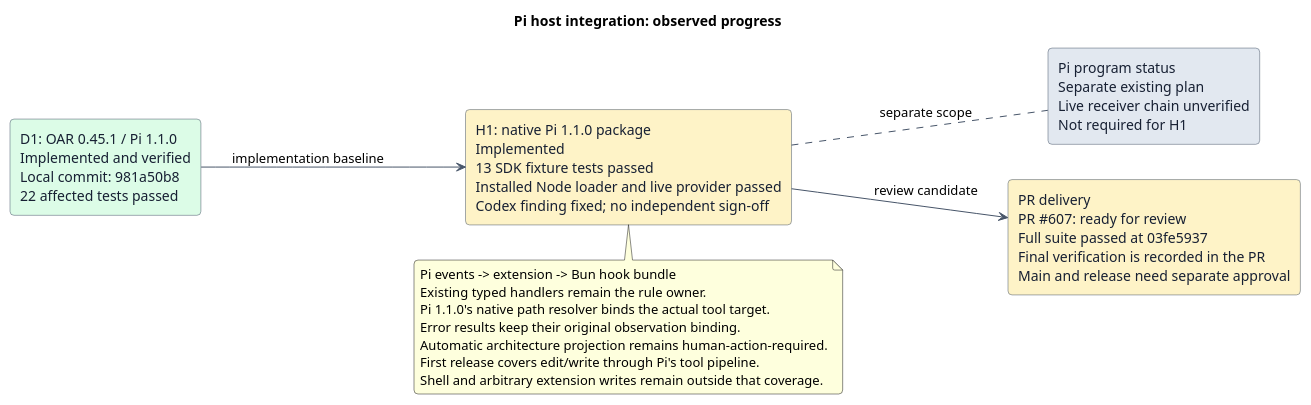
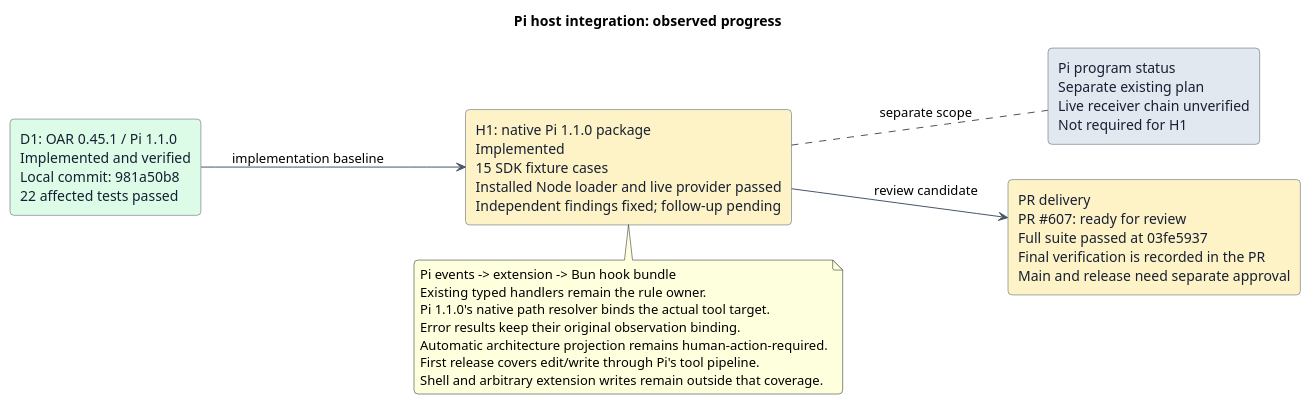
The diagram in plans/plan-20261009-pi-host-integration.puml (Ancienttwo/repo-harness), drawn with PlantUML before and after one commit. The commit also changed 9 other files, not shown here.

```diff
--- a/plans/plan-20261009-pi-host-integration.puml
+++ b/plans/plan-20261009-pi-host-integration.puml
@@ -1,34 +1,34 @@
 @startuml
 ' Snapshot: 2026-10-09 Asia/Singapore
 ' Source base: 98c30ab6228b94f5e46c8cc3290de281eb0e4a99
 ' Dependency commit: 981a50b871f9b5238a7bca72d031e0927d397769
 skinparam shadowing false
 skinparam roundCorner 8
 skinparam defaultFontName SansSerif
 skinparam ArrowColor #475569
 skinparam rectangleBorderColor #475569
 skinparam rectangleFontColor #172033
 skinparam backgroundColor #FFFFFF
 left to right direction
 
 title Pi host integration: observed progress
 
 rectangle "D1: OAR 0.45.1 / Pi 1.1.0\nImplemented and verified\nLocal commit: 981a50b8\n22 affected tests passed" as deps #DCFCE7
-rectangle "H1: native Pi 1.1.0 package\nImplemented\n13 SDK fixture tests passed\nInstalled Node loader and live provider passed\nCodex finding fixed; no independent sign-off" as host #FEF3C7
+rectangle "H1: native Pi 1.1.0 package\nImplemented\n15 SDK fixture cases\nInstalled Node loader and live provider passed\nIndependent findings fixed; follow-up pending" as host #FEF3C7
 rectangle "Pi program status\nSeparate existing plan\nLive receiver chain unverified\nNot required for H1" as status #E2E8F0
 rectangle "PR delivery\nPR #607: ready for review\nFull suite passed at 03fe5937\nFinal verification is recorded in the PR\nMain and release need separate approval" as delivery #FEF3C7
 
 deps --> host : implementation baseline
 host --> delivery : review candidate
 host .. status : separate scope
 
 note bottom of host
   Pi events -> extension -> Bun hook bundle
   Existing typed handlers remain the rule owner.
   Pi 1.1.0's native path resolver binds the actual tool target.
   Error results keep their original observation binding.
   Automatic architecture projection remains human-action-required.
   First release covers edit/write through Pi's tool pipeline.
   Shell and arbitrary extension writes remain outside that coverage.
 end note
 @enduml
```
